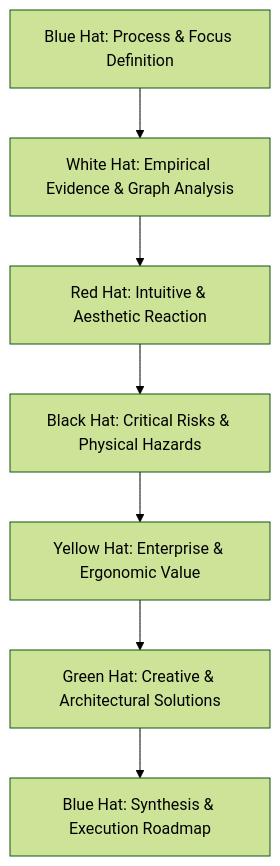
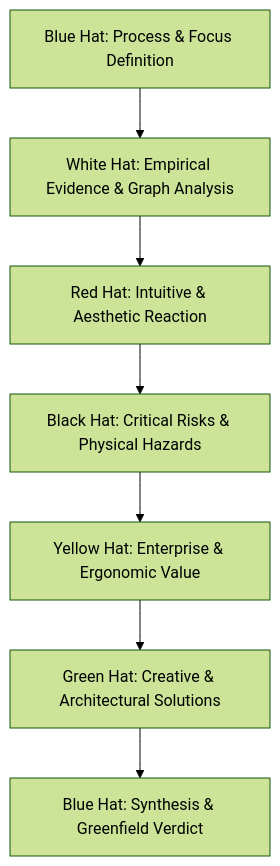
The first of 4 diagrams in REDESIGN_MASTER_PLAN.md (porchyy/off), drawn with Mermaid (forest theme) before and after one commit. The commit also changed other lines of this file, not shown here.

Commit message:
docs: establish Ergo Agent greenfield master plan

````diff
--- a/REDESIGN_MASTER_PLAN.md
+++ b/REDESIGN_MASTER_PLAN.md
@@ -14,9 +17,9 @@
 ```mermaid
 flowchart TD
     BlueOpen["Blue Hat: Process & Focus Definition"] --> White["White Hat: Empirical Evidence & Graph Analysis"]
     White --> Red["Red Hat: Intuitive & Aesthetic Reaction"]
     Red --> Black["Black Hat: Critical Risks & Physical Hazards"]
     Black --> Yellow["Yellow Hat: Enterprise & Ergonomic Value"]
     Yellow --> Green["Green Hat: Creative & Architectural Solutions"]
-    Green --> BlueClose["Blue Hat: Synthesis & Execution Roadmap"]
+    Green --> BlueClose["Blue Hat: Synthesis & Greenfield Verdict"]
 ```
````
